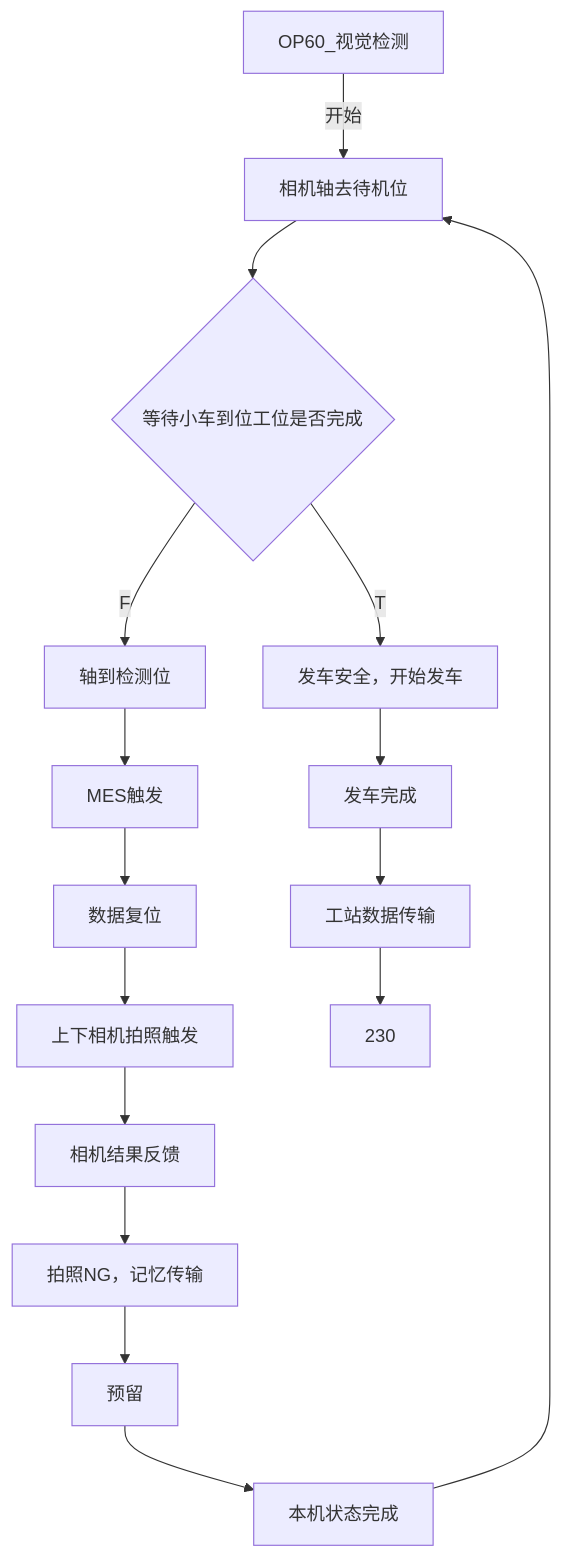
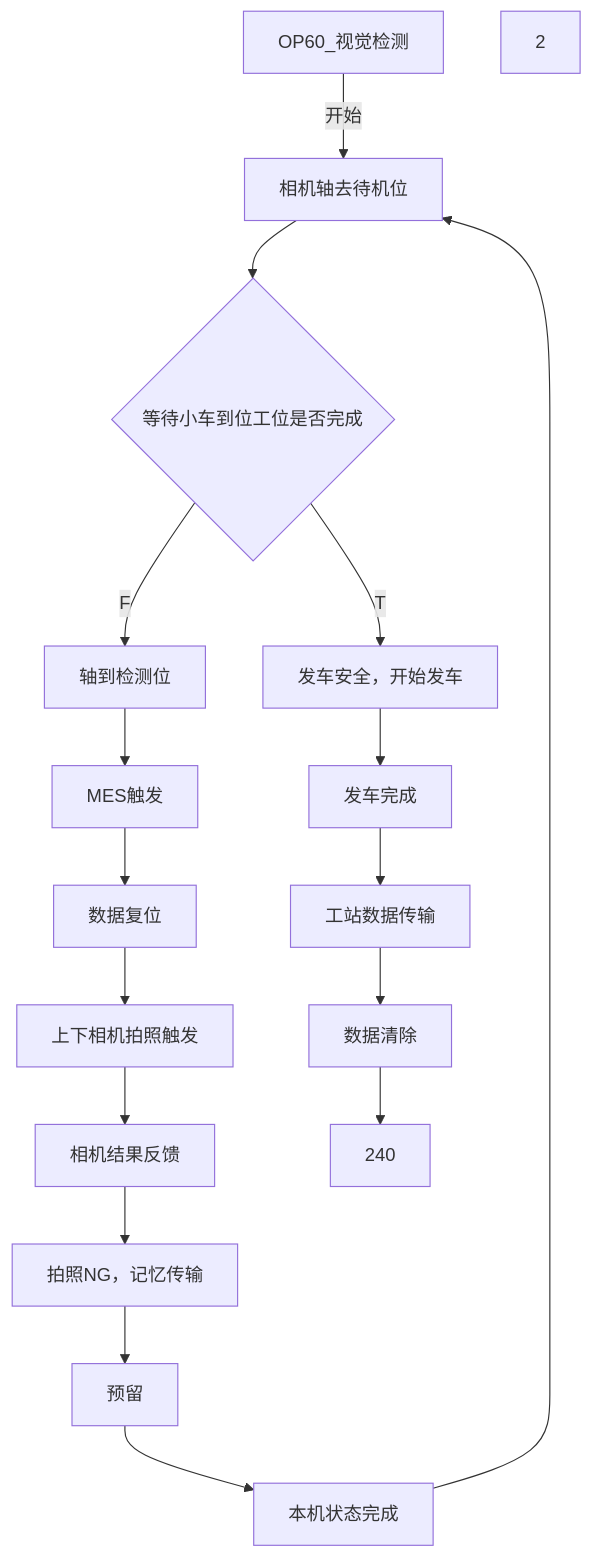
Before and after one commit to zmq000/iodraw-files: the diagram in all/未命名.md, drawn with Mermaid.

Commit message:
2026-06-17 14:37:49 update

````diff
--- a/all/未命名.md
+++ b/all/未命名.md
@@ -1,22 +1,23 @@
 ```mermaid
 graph TD
    0[OP60_视觉检测]-->|开始|10
    10[相机轴去待机位]-->20
    20{等待小车到位工位是否完成}-->|F|100
    20-->|T|200
    100[轴到检测位]-->105
    105[MES触发]-->110
    110[数据复位]-->120
    120[上下相机拍照触发]-->130
    130[相机结果反馈]-->140
    140[拍照NG，记忆传输]-->150
    150[预留]-->160
    160[本机状态完成]-->10
    200[发车安全，开始发车]-->210
    210[发车完成]-->220
    220[工站数据传输]-->230
-   230
+   230[数据清除]-->240
+   2
 
 
    
 ```
````
